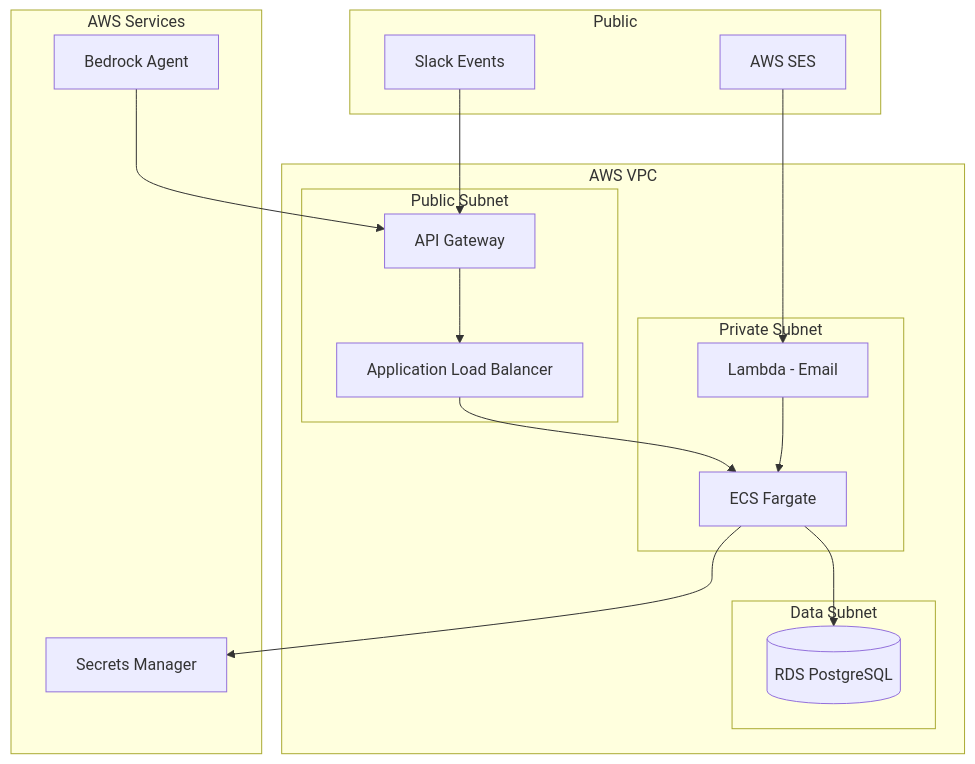
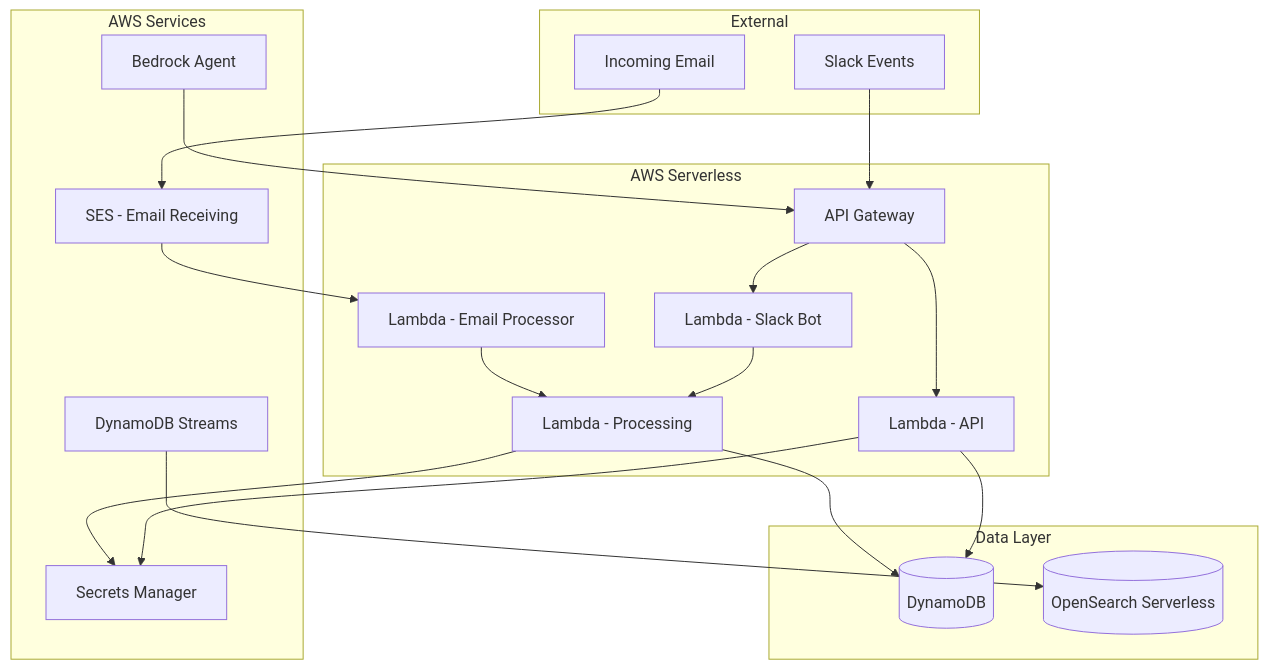
One commit to rawatadit/decision-ledger changed the ninth of 9 diagrams in decision-ledger/DESIGN.md. Above: the diagram before and after it, drawn with Mermaid. The commit also changed other lines of this file and 3 other files, not shown here.

First line of the commit message:
Switch from PostgreSQL to DynamoDB for AWS-native architecture

````diff
--- a/decision-ledger/DESIGN.md
+++ b/decision-ledger/DESIGN.md
@@ -583,37 +615,45 @@
 ```mermaid
 graph TB
-    subgraph "Public"
+    subgraph "External"
         SLACK[Slack Events]
-        SES[AWS SES]
+        SES_IN[Incoming Email]
     end
 
-    subgraph "AWS VPC"
-        subgraph "Public Subnet"
-            ALB[Application Load Balancer]
-            APIGW[API Gateway]
-        end
+    subgraph "AWS Serverless"
+        APIGW[API Gateway]
+        LAMBDA_API[Lambda - API]
+        LAMBDA_SLACK[Lambda - Slack Bot]
+        LAMBDA_EMAIL[Lambda - Email Processor]
+        LAMBDA_PROCESS[Lambda - Processing]
+    end
 
-        subgraph "Private Subnet"
-            ECS[ECS Fargate]
-            LAMBDA[Lambda - Email]
-        end
-
-        subgraph "Data Subnet"
-            RDS[(RDS PostgreSQL)]
-        end
+    subgraph "Data Layer"
+        DDB[(DynamoDB)]
+        OPENSEARCH[(OpenSearch Serverless)]
     end
 
     subgraph "AWS Services"
         SECRETS[Secrets Manager]
         BEDROCK[Bedrock Agent]
+        SES[SES - Email Receiving]
+        STREAMS[DynamoDB Streams]
     end
 
     SLACK --> APIGW
-    SES --> LAMBDA
-    APIGW --> ALB
-    ALB --> ECS
-    LAMBDA --> ECS
-    ECS --> RDS
-    ECS --> SECRETS
+    APIGW --> LAMBDA_SLACK
+    APIGW --> LAMBDA_API
+
+    SES_IN --> SES
+    SES --> LAMBDA_EMAIL
+
+    LAMBDA_SLACK --> LAMBDA_PROCESS
+    LAMBDA_EMAIL --> LAMBDA_PROCESS
+    LAMBDA_API --> DDB
+    LAMBDA_PROCESS --> DDB
+
+    STREAMS --> OPENSEARCH
+
     BEDROCK --> APIGW
+    LAMBDA_API --> SECRETS
+    LAMBDA_PROCESS --> SECRETS
 ```
````
